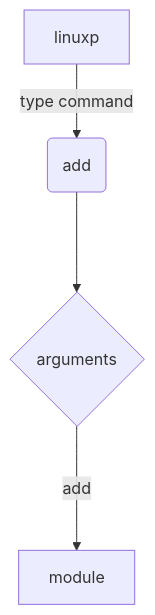
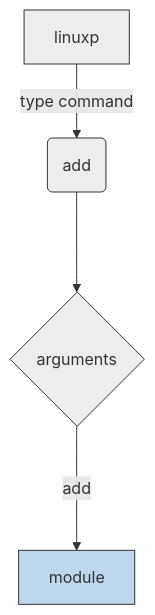
Before and after one commit to linux-profile/linux-profile: the diagram in docs/nav/commands/add/index.md, drawn with Mermaid. The commit also changed 6 other files, not shown here.

````diff
--- a/docs/nav/commands/add/index.md
+++ b/docs/nav/commands/add/index.md
@@ -27,6 +27,12 @@
 ``` mermaid
 graph TD
     L[linuxp] -->|type command| a(add)
     a ---> option_a{arguments}
     option_a --->|add| arg_a_module[module]
+
+    style arg_a_module fill:#BFD7ED,stroke:#333
+
+    style L fill:#ededed,stroke:#333
+    style a fill:#ededed,stroke:#333
+    style option_a fill:#ededed,stroke:#333
 ```
````
